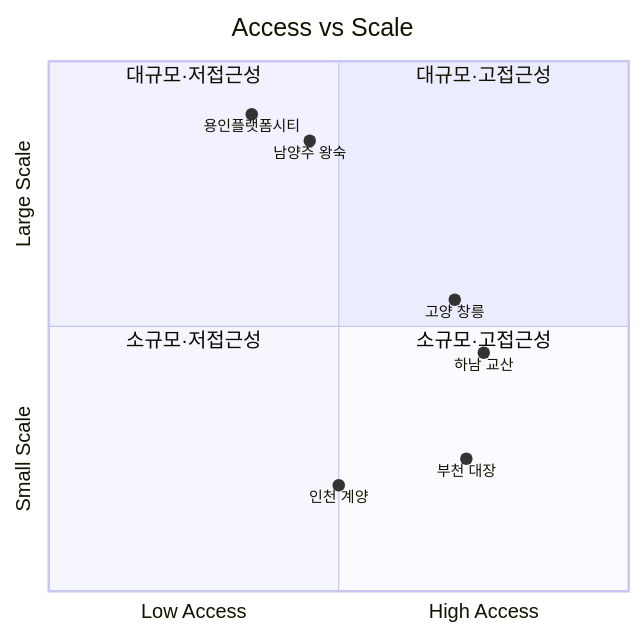
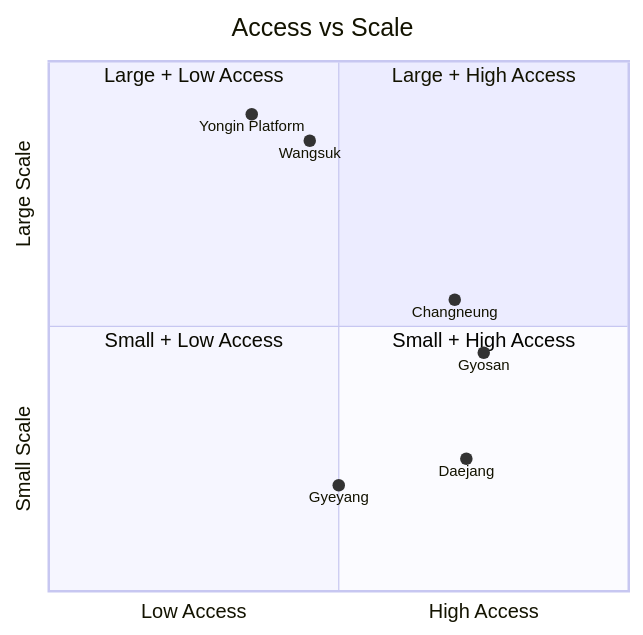
One commit to OkyoKwon/studyNresearch changed the diagram in docs/domains/real-estate-investment/products/index.md. Above: the diagram before and after it, drawn with Mermaid. The commit also changed 10 other files, not shown here.

````diff
--- a/docs/domains/real-estate-investment/products/index.md
+++ b/docs/domains/real-estate-investment/products/index.md
@@ -32,16 +32,16 @@
 ```mermaid
 quadrantChart
     title Access vs Scale
     x-axis Low Access --> High Access
     y-axis Small Scale --> Large Scale
-    quadrant-1 대규모·고접근성
-    quadrant-2 대규모·저접근성
-    quadrant-3 소규모·저접근성
-    quadrant-4 소규모·고접근성
-    남양주 왕숙: [0.45, 0.85]
-    하남 교산: [0.75, 0.45]
-    인천 계양: [0.50, 0.20]
-    고양 창릉: [0.70, 0.55]
-    부천 대장: [0.72, 0.25]
-    용인플랫폼시티: [0.35, 0.90]
+    quadrant-1 Large + High Access
+    quadrant-2 Large + Low Access
+    quadrant-3 Small + Low Access
+    quadrant-4 Small + High Access
+    Wangsuk: [0.45, 0.85]
+    Gyosan: [0.75, 0.45]
+    Gyeyang: [0.50, 0.20]
+    Changneung: [0.70, 0.55]
+    Daejang: [0.72, 0.25]
+    Yongin Platform: [0.35, 0.90]
 ```
````
